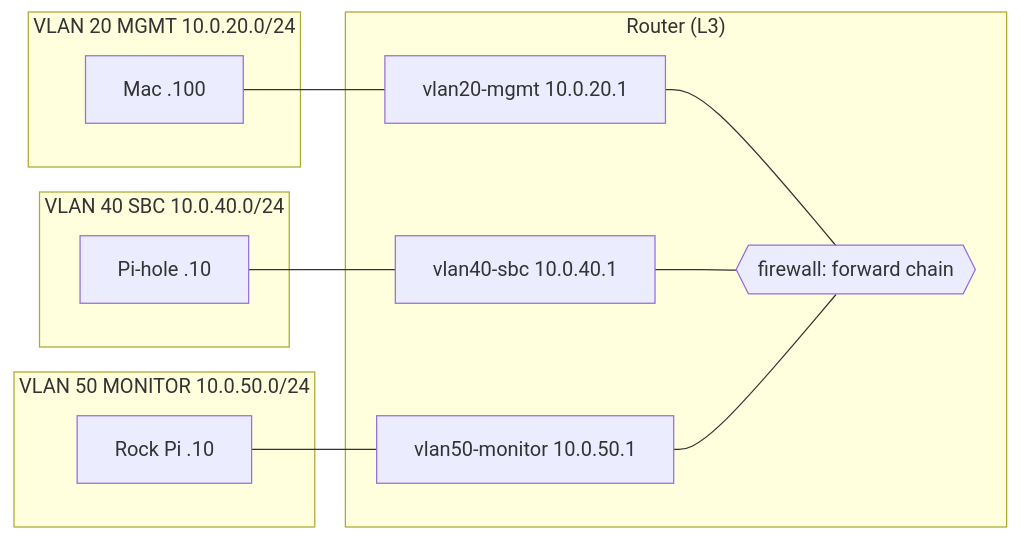
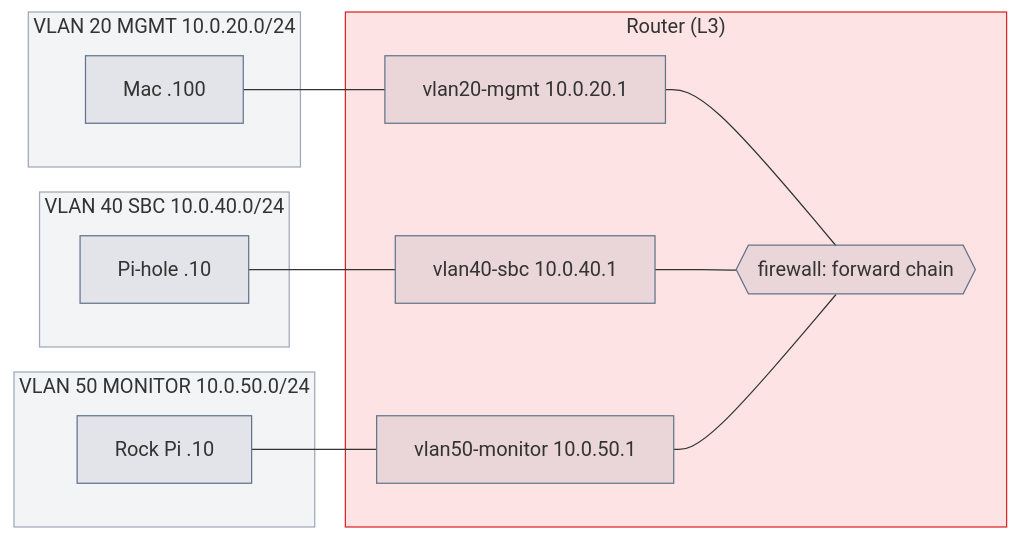
One commit to mithun3/tech-blog changed the third of 7 diagrams in content/pages/networking/basics/vlans-and-broadcast-domains.mdx. Above: the diagram before and after it, drawn with Mermaid. The commit also changed other lines of this file and 8 other files, not shown here.

Commit message:
mermaid updates.

````diff
--- a/content/pages/networking/basics/vlans-and-broadcast-domains.mdx
+++ b/content/pages/networking/basics/vlans-and-broadcast-domains.mdx
@@ -104,24 +135,38 @@
 ```mermaid
+---
+config:
+  look: classic
+  fontFamily: "system-ui, -apple-system, Segoe UI, Roboto, Helvetica, Arial, sans-serif"
+  themeCSS: ".node rect, .cluster rect { rx: 6px; ry: 6px; }"
+  flowchart:
+    wrappingWidth: 200
+  themeVariables:
+    mainBkg: "#64748b1f"
+    nodeBorder: "#64748b"
+    clusterBkg: "#64748b14"
+    clusterBorder: "#64748b99"
+---
 flowchart LR
     subgraph V20["VLAN 20 MGMT 10.0.20.0/24"]
         Mac["Mac .100"]
     end
     subgraph V40["VLAN 40 SBC 10.0.40.0/24"]
         PH["Pi-hole .10"]
     end
     subgraph V50["VLAN 50 MONITOR 10.0.50.0/24"]
         RP["Rock Pi .10"]
     end
     subgraph R["Router (L3)"]
         I20["vlan20-mgmt 10.0.20.1"]
         I40["vlan40-sbc 10.0.40.1"]
         I50["vlan50-monitor 10.0.50.1"]
         FW{{"firewall: forward chain"}}
         I20 --- FW
         I40 --- FW
         I50 --- FW
     end
     Mac --- I20
     PH --- I40
     RP --- I50
+    style R fill:#ef444426,stroke:#dc2626
 ```
````
